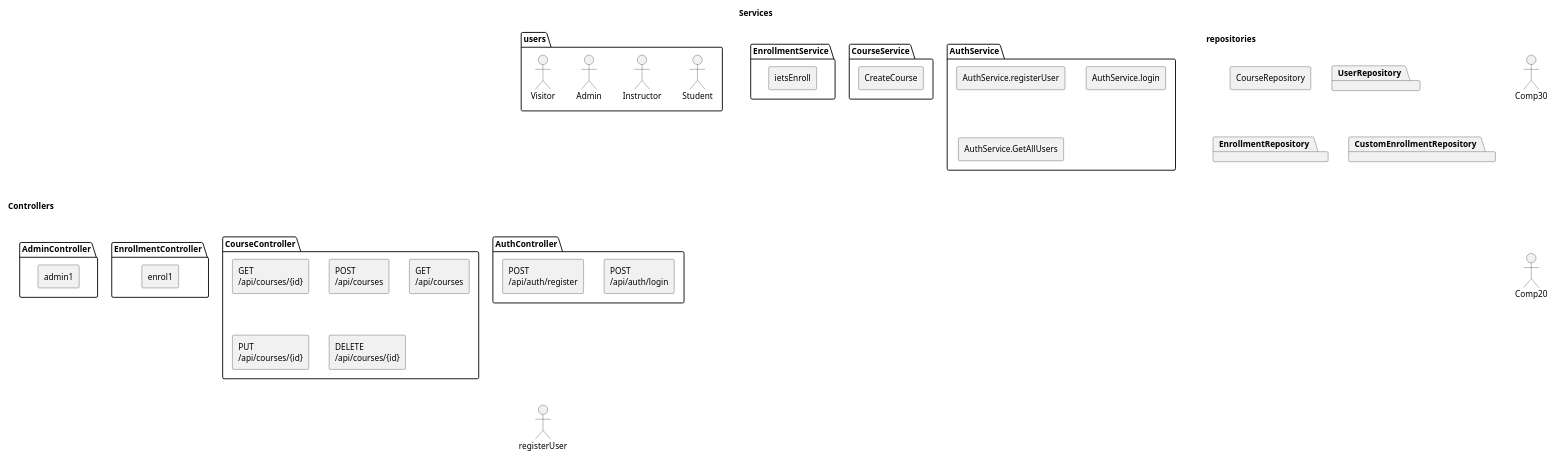
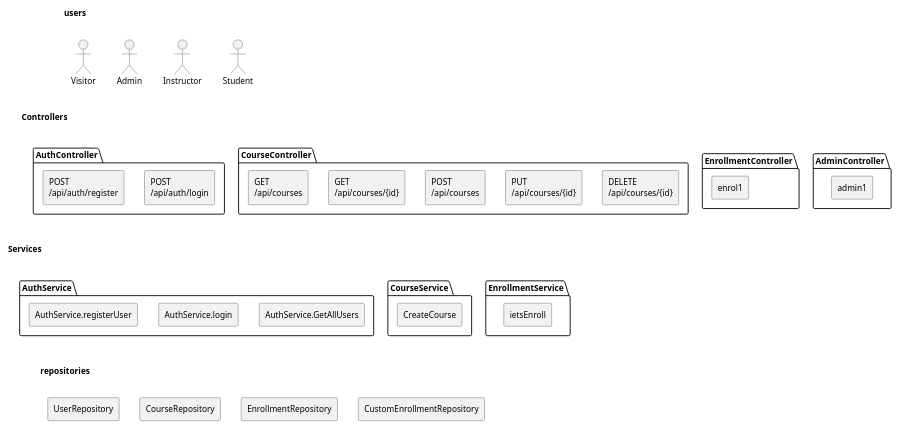
Before and after one commit to BramLab/OnlineCourseSpringProject: the diagram in plantuml_test/Layers.puml, drawn with PlantUML. The commit also changed 10 other files, not shown here.

```diff
--- a/plantuml_test/Layers.puml
+++ b/plantuml_test/Layers.puml
@@ -1,100 +1,100 @@
 @startuml
 skinparam componentStyle rectangle
 
+
 skinparam package<<Layout>> {
-  borderColor Transparent
-  backgroundColor Transparent
-'  fontColor Transparent
-  stereotypeFontColor Transparent
+    borderColor Transparent
+    backgroundColor Transparent
+    '  fontColor Transparent
+    stereotypeFontColor Transparent
 }
 
-
-package users {
-    :Visitor:
-    :Admin:         as adm
-    :Instructor:    as ins
-    :Student:       as stu
+package users <<Layout>> {
+    :Visitor: -[hidden]r- :Admin:
+    :Admin: -[hidden]r- :Instructor:
+    :Instructor: -[hidden]r- :Student:
 }
 
 package Controllers <<Layout>> {
-
-    package AuthController {
-        [POST \n/api/auth/register] as register
-        [POST \n/api/auth/login] as login
-    }
-
-    package CourseController {
-        [GET \n/api/courses] as course1
-        [GET \n/api/courses/{id}] as course2
-        [POST \n/api/courses] as course3
-        [PUT  \n/api/courses/{id}] as course4
-        [DELETE \n/api/courses/{id}] as course5
-    }
-    package EnrollmentController {
-        [enrol1]
-    }
 
     package AdminController {
         [admin1]
     }
 
+    package EnrollmentController {
+        [enrol1]
+    }
+
+    package CourseController {
+        [GET \n/api/courses]        -[hidden]r- [GET \n/api/courses/{id}]
+        [GET \n/api/courses/{id}]   -[hidden]r- [POST \n/api/courses]
+        [POST \n/api/courses]       -[hidden]r- [PUT  \n/api/courses/{id}]
+        [PUT  \n/api/courses/{id}]  -[hidden]r- [DELETE \n/api/courses/{id}]
+    }
+
+    package AuthController {
+        [POST \n/api/auth/register] -[hidden]r- [POST \n/api/auth/login]
+    }
+
 }
 
 package Services <<Layout>> {
-    package AuthService {
-      [AuthService.registerUser]
-      [AuthService.login]
-      [AuthService.GetAllUsers]
+
+    package EnrollmentService {
+        [ietsEnroll]
     }
 
     package CourseService {
-      [CreateCourse]
+        [CreateCourse]
     }
 
-    package EnrollmentService {
-      [ietsEnroll]
+    package AuthService {
+        [AuthService.registerUser]
+        [AuthService.login]
+        [AuthService.GetAllUsers]
     }
 
 }
 
 package repositories <<Layout>> {
-    'package CourseRepository
     [CourseRepository]
-    package UserRepository
-    package EnrollmentRepository
-    package CustomEnrollmentRepository
+    [UserRepository]
+    [EnrollmentRepository]
+    [CustomEnrollmentRepository]
 }
 
-' Hidden connections horizontal:
-' Use hidden right connections to encourage the rectangles
-' within each layer to be placed in the desired order.
-Visitor -[hidden]r- adm
-adm -[hidden]r- ins
-ins -[hidden]r- stu
+' LAYOUT Hidden connections horizontal:
+' place rectangles per layer in desired order.
 
-register -[hidden]r- login
-login -[hidden]r- course1
+'controller
+[POST \n/api/auth/login]        -[hidden]r- [GET \n/api/courses]
+[DELETE \n/api/courses/{id}]    -[hidden]r- [enrol1]
 
-' Hidden connections vertical:
+'service
+[AuthService.registerUser]  -[hidden]r- [AuthService.login]
+[AuthService.login]         -[hidden]r- [AuthService.GetAllUsers]
+
+[UserRepository]            -[hidden]r- [CourseRepository]
+[CourseRepository]          -[hidden]r- [EnrollmentRepository]
+[EnrollmentRepository]      -[hidden]r- [CustomEnrollmentRepository]
+
+' LAYOUT Hidden connections vertical:
 ' Use hidden down connections between the first rectangle in each
 ' layer to encourage all the layers to be left-aligned.
 ' NOTE: Use longer arrows to force more space between the layers, so
 ' that the visible arrows can be more clearly distinguished.
 ' NOTE: Since we later create a *visible* connection from Comp20 to
 ' Comp10, we omit create a hidden connection here, otherwise the
 ' visible connection ends up curving to avoid the hidden one.
-Visitor -[hidden]d-- register
-register -[hidden]d-- registerUser
-Comp30 -[hidden]d-- Comp20
-'Comp20 -[hidden]d-- Comp10
+Visitor                     -[hidden]d- [POST \n/api/auth/register]
+[POST \n/api/auth/register] -[hidden]d- AuthService.registerUser
+AuthService.registerUser    -[hidden]d- UserRepository
 
-' Visible connections
-' -------------------
-
+' Visible connections:
 ' NOTE: Use norank to prevent these visible connections from taking
 ' prescedence over the hidden connections and breaking the layout,
 ' *except* for the visible connections which are equivalent to the
 ' hidden connections that we have omitted.
 ' todo see experiment/example
 
 @enduml
```
